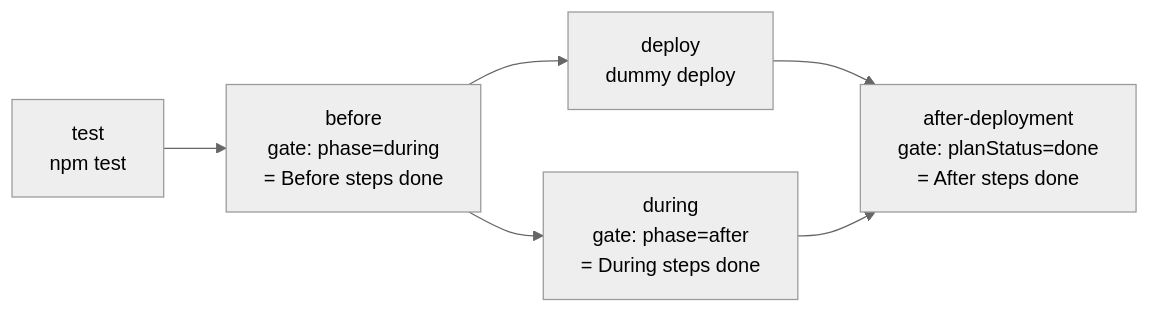
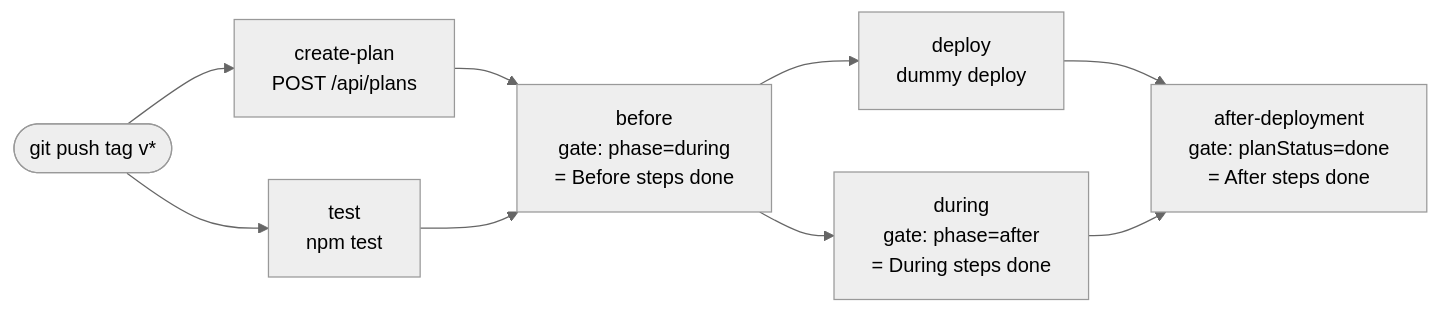
One commit to Generation-Y-BV/deployment-playbook-example changed the diagram in README.md. Above: the diagram before and after it, drawn with Mermaid (neutral theme). The commit also changed other lines of this file and 2 other files, not shown here.

Commit message:
Create the plan from a template on tag push (POST /api/plans); gate jobs on that plan

````diff
--- a/README.md
+++ b/README.md
@@ -10,8 +14,11 @@
 ```mermaid
 flowchart LR
-  test[test<br/>npm test] --> before[before<br/>gate: phase=during<br/>= Before steps done]
+  tag([git push tag v*]) --> test[test<br/>npm test]
+  tag --> create[create-plan<br/>POST /api/plans]
+  create --> before
+  test --> before[before<br/>gate: phase=during<br/>= Before steps done]
   before --> deploy[deploy<br/>dummy deploy]
   before --> during[during<br/>gate: phase=after<br/>= During steps done]
   deploy --> after[after-deployment<br/>gate: planStatus=done<br/>= After steps done]
   during --> after
 ```
````
